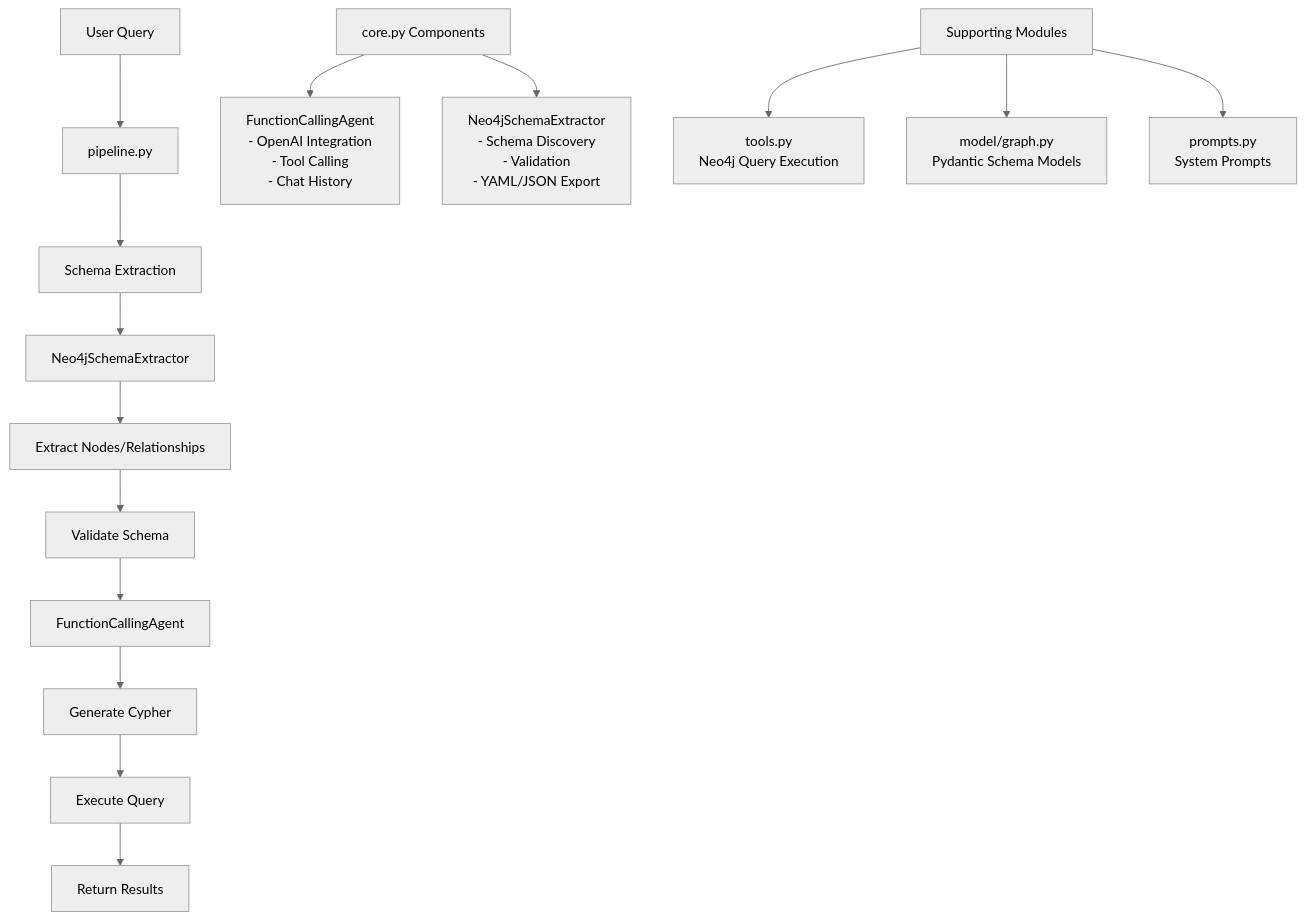
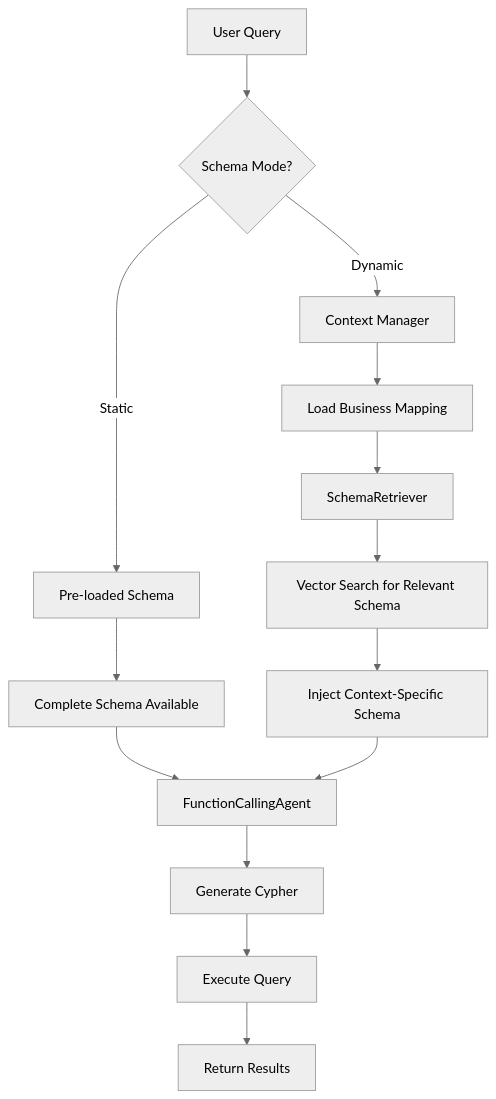
The first of 2 diagrams in README.md (Zeppelinpp/KG_Demo), drawn with Mermaid (neutral theme) before and after one commit. The commit also changed other lines of this file, not shown here.

````diff
--- a/README.md
+++ b/README.md
@@ -45,19 +74,18 @@
 ```mermaid
 graph TD
-    A[User Query] --> B[pipeline.py]
-    B --> C[Schema Extraction]
-    C --> D[Neo4jSchemaExtractor]
-    D --> E[Extract Nodes/Relationships]
-    E --> F[Validate Schema]
-    F --> G[FunctionCallingAgent]
-    G --> H[Generate Cypher]
-    H --> I[Execute Query]
-    I --> J[Return Results]
-  
-    K[core.py Components] --> L[FunctionCallingAgent<br/>- OpenAI Integration<br/>- Tool Calling<br/>- Chat History]
-    K --> M[Neo4jSchemaExtractor<br/>- Schema Discovery<br/>- Validation<br/>- YAML/JSON Export]
-  
-    N[Supporting Modules] --> O[tools.py<br/>Neo4j Query Execution]
-    N --> P[model/graph.py<br/>Pydantic Schema Models]
-    N --> Q[prompts.py<br/>System Prompts]
+    A[User Query] --> B{Schema Mode?}
+    B -->|Static| C[Pre-loaded Schema]
+    B -->|Dynamic| D[Context Manager]
+    
+    C --> E[Complete Schema Available]
+    D --> F[Load Business Mapping]
+    F --> G[SchemaRetriever]
+    G --> H[Vector Search for Relevant Schema]
+    H --> I[Inject Context-Specific Schema]
+    
+    E --> J[FunctionCallingAgent]
+    I --> J
+    J --> K[Generate Cypher]
+    K --> L[Execute Query]
+    L --> M[Return Results]
 ```
````
